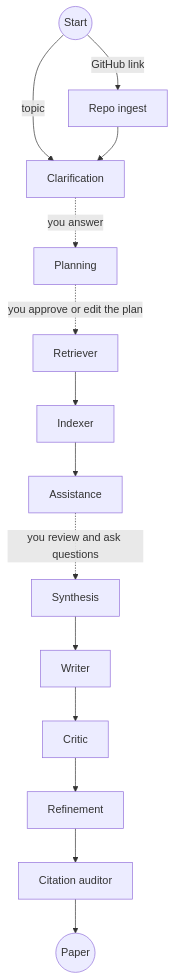
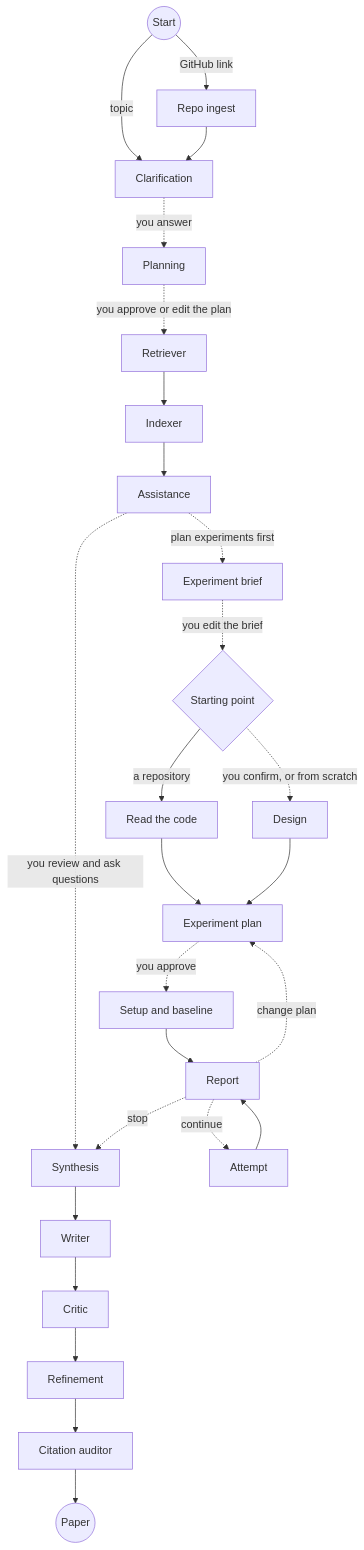
Before and after one commit to Ganesh-reddy005/Research-agent: the diagram in README.md, drawn with Mermaid. The commit also changed other lines of this file, not shown here.

Commit message:
README: coding agent, full-text routes, resilience, experiment API and settings

````diff
--- a/README.md
+++ b/README.md
@@ -81,16 +82,28 @@
 ```mermaid
 graph TD
     START((Start)) -->|topic| Clarification
     START -->|GitHub link| RepoIngest[Repo ingest]
     RepoIngest --> Clarification
     Clarification -.->|you answer| Planning
     Planning -.->|you approve or edit the plan| Retriever
     Retriever --> Indexer
     Indexer --> Assistance
     Assistance -.->|you review and ask questions| Synthesis
+    Assistance -.->|plan experiments first| Brief[Experiment brief]
+    Brief -.->|you edit the brief| Start{Starting point}
+    Start -->|a repository| Understand[Read the code]
+    Start -.->|you confirm, or from scratch| Design
+    Understand --> ExpPlan[Experiment plan]
+    Design --> ExpPlan
+    ExpPlan -.->|you approve| Setup[Setup and baseline]
+    Setup --> Report
+    Attempt --> Report[Report]
+    Report -.->|continue| Attempt
+    Report -.->|change plan| ExpPlan
+    Report -.->|stop| Synthesis
     Synthesis --> Writer
     Writer --> Critic
     Critic --> Refinement
     Refinement --> Auditor[Citation auditor]
     Auditor --> END((Paper))
 ```
````
